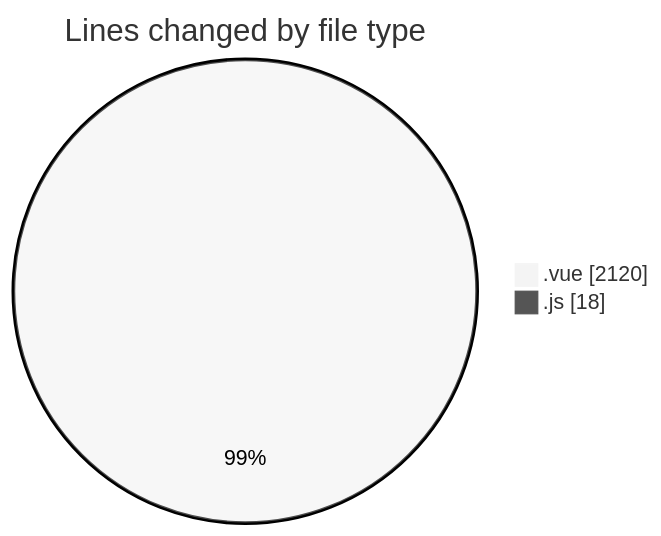
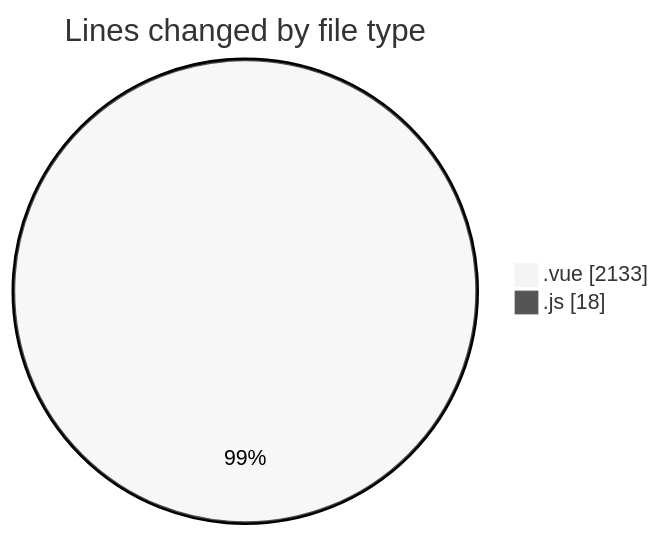
The first of 2 diagrams in 2025-08-13/rentotp/README.md (lephambinh05/code-tracking), drawn with Mermaid (neutral theme) before and after one commit. The commit also changed other lines of this file and 1 other file, not shown here.

````diff
--- a/2025-08-13/rentotp/README.md
+++ b/2025-08-13/rentotp/README.md
@@ -28,6 +28,6 @@
 ```mermaid
 pie showData
 title Lines changed by file type
-".vue" : 2120
+".vue" : 2133
 ".js" : 18
 ```
````
